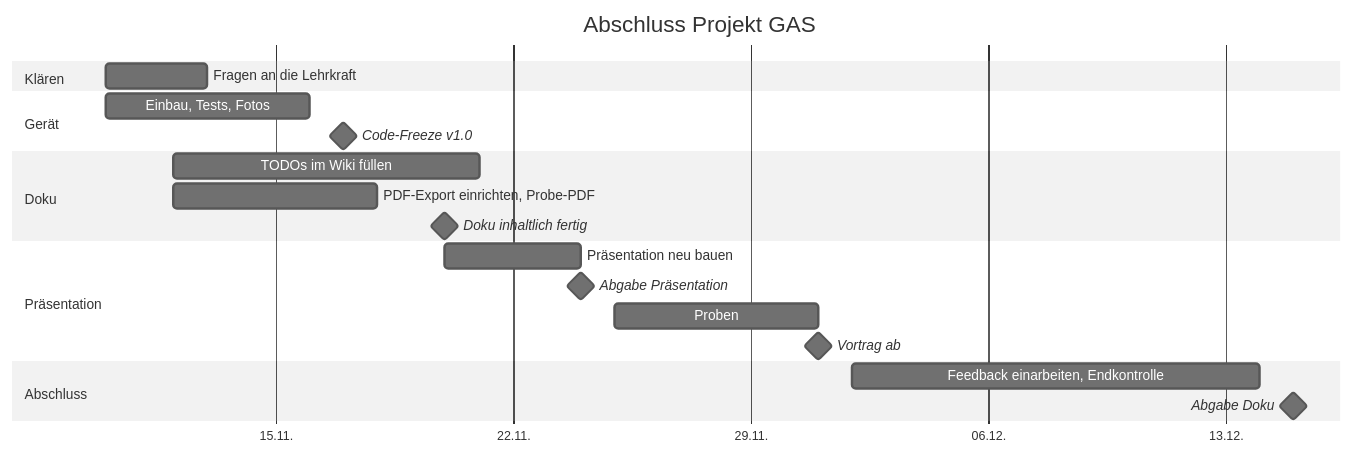
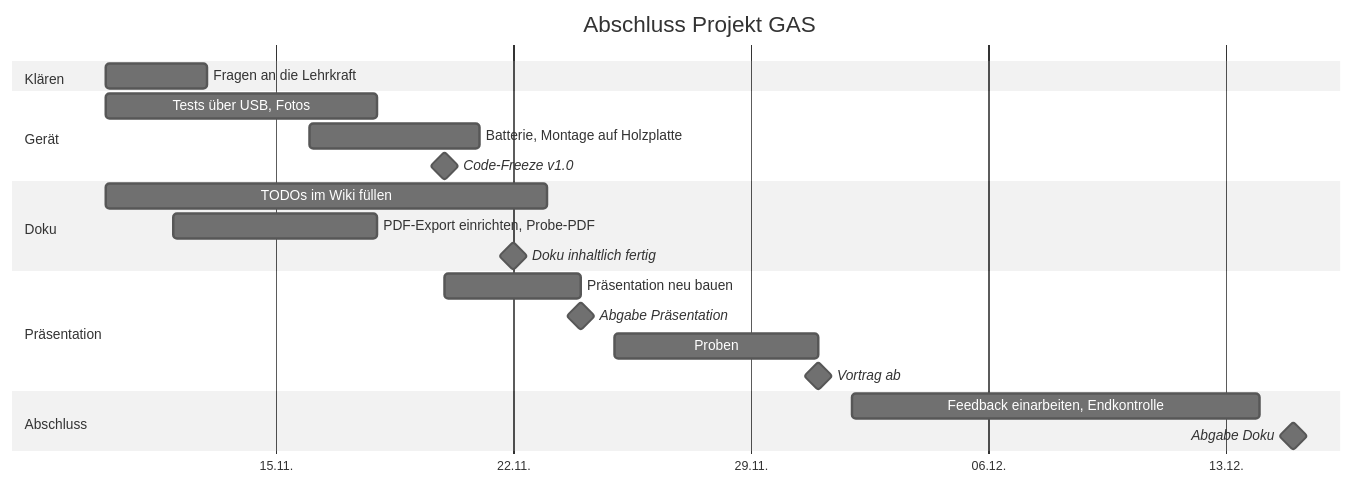
The diagram in MDs/abschlussplan.md (BBZ-AIFS51/LF7-Projekt_GAS), drawn with Mermaid (neutral theme) before and after one commit. The commit also changed other lines of this file and 14 other files, not shown here.

````diff
--- a/MDs/abschlussplan.md
+++ b/MDs/abschlussplan.md
@@ -71,30 +75,31 @@
 ```mermaid
 gantt
     title Abschluss Projekt GAS
     dateFormat YYYY-MM-DD
     axisFormat %d.%m.
     tickInterval 1week
     todayMarker off
 
     section Klären
     Fragen an die Lehrkraft          :a0, 2026-11-10, 3d
 
     section Gerät
-    Einbau, Tests, Fotos             :a1, 2026-11-10, 6d
-    Code-Freeze v1.0                 :milestone, m1, 2026-11-17, 0d
+    Tests über USB, Fotos            :a1, 2026-11-10, 8d
+    Batterie, Montage auf Holzplatte :a1b, 2026-11-16, 5d
+    Code-Freeze v1.0                 :milestone, m1, 2026-11-20, 0d
 
     section Doku
-    TODOs im Wiki füllen             :a2, 2026-11-12, 9d
+    TODOs im Wiki füllen             :a2, 2026-11-10, 13d
     PDF-Export einrichten, Probe-PDF :a2b, 2026-11-12, 6d
-    Doku inhaltlich fertig           :milestone, m2, 2026-11-20, 0d
+    Doku inhaltlich fertig           :milestone, m2, 2026-11-22, 0d
 
     section Präsentation
     Präsentation neu bauen           :a3, 2026-11-20, 4d
     Abgabe Präsentation              :milestone, m3, 2026-11-24, 0d
     Proben                           :a4, 2026-11-25, 6d
     Vortrag ab                       :milestone, m4, 2026-12-01, 0d
 
     section Abschluss
     Feedback einarbeiten, Endkontrolle :a5, 2026-12-02, 12d
     Abgabe Doku                      :milestone, m5, 2026-12-15, 0d
 ```
````
